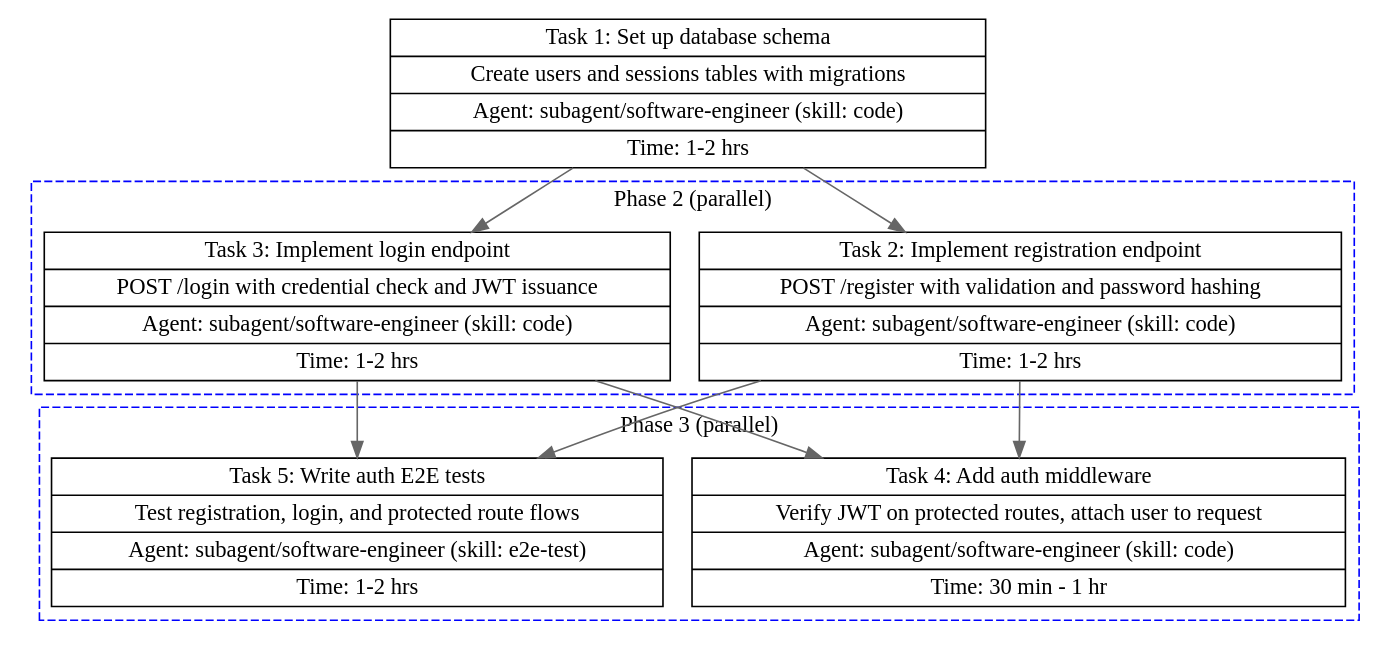
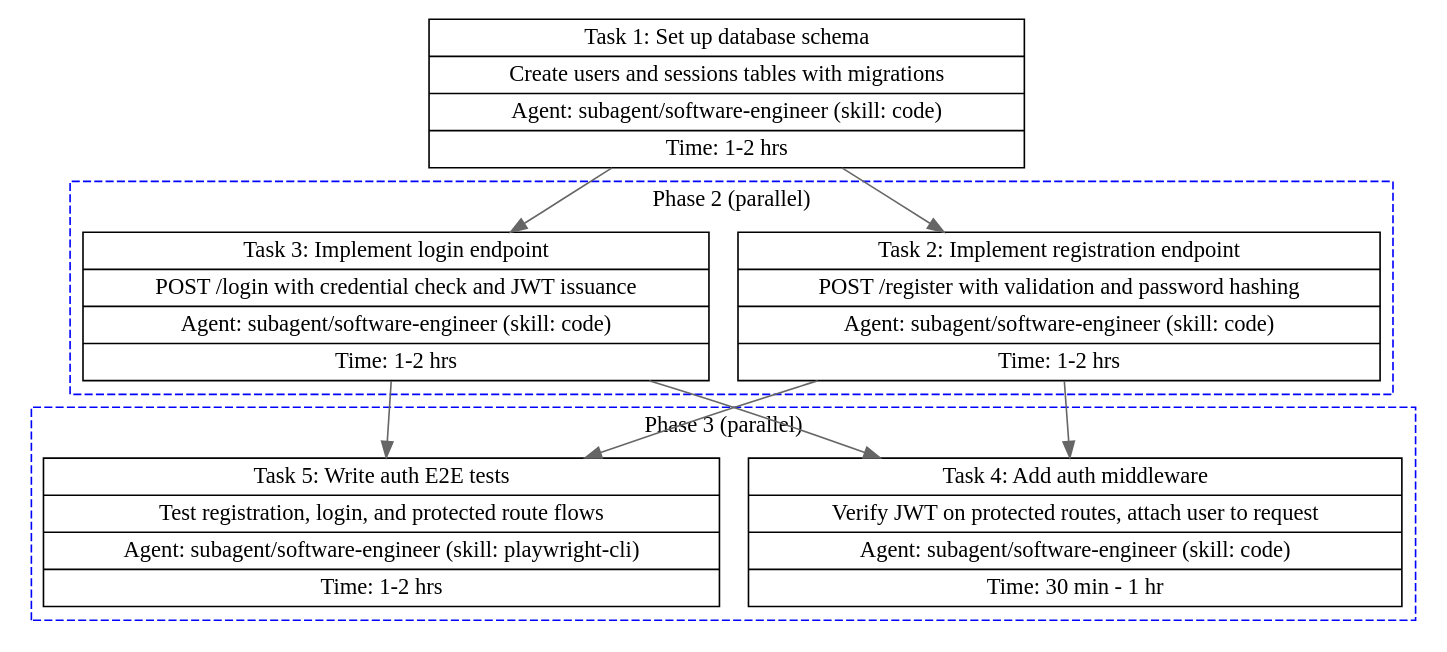
One commit to jiyeol-lee/dotfiles changed the sixth of 6 diagrams in .opencode/skills/task-breakdown/references/digraph.md. Above: the diagram before and after it, drawn with Graphviz. The commit also changed 16 other files, not shown here.

Commit message:
chore(opencode): use playwright-cli skill

````diff
--- a/.opencode/skills/task-breakdown/references/digraph.md
+++ b/.opencode/skills/task-breakdown/references/digraph.md
@@ -91,55 +91,55 @@
 ```dot
 digraph TaskPlan {
   rankdir=TB;
   node [shape=record, style=filled, fillcolor=white];
   edge [color=gray40];
 
   // Phase 1: single foundation task
   task_1 [
     label="{Task 1: Set up database schema | Create users and sessions tables with migrations | Agent: subagent/software-engineer (skill: code) | Time: 1-2 hrs}"
     URL="./user-auth__task-001.md"
   ];
 
   // Phase 2: two parallel tasks
   subgraph cluster_group_1 {
     label="Phase 2 (parallel)";
     style=dashed;
     color=blue;
 
     task_2 [
       label="{Task 2: Implement registration endpoint | POST /register with validation and password hashing | Agent: subagent/software-engineer (skill: code) | Time: 1-2 hrs}"
       URL="./user-auth__task-002.md"
     ];
 
     task_3 [
       label="{Task 3: Implement login endpoint | POST /login with credential check and JWT issuance | Agent: subagent/software-engineer (skill: code) | Time: 1-2 hrs}"
       URL="./user-auth__task-003.md"
     ];
   }
 
   // Phase 3: two parallel tasks
   subgraph cluster_group_2 {
     label="Phase 3 (parallel)";
     style=dashed;
     color=blue;
 
     task_4 [
       label="{Task 4: Add auth middleware | Verify JWT on protected routes, attach user to request | Agent: subagent/software-engineer (skill: code) | Time: 30 min - 1 hr}"
       URL="./user-auth__task-004.md"
     ];
 
     task_5 [
-      label="{Task 5: Write auth E2E tests | Test registration, login, and protected route flows | Agent: subagent/software-engineer (skill: e2e-test) | Time: 1-2 hrs}"
+      label="{Task 5: Write auth E2E tests | Test registration, login, and protected route flows | Agent: subagent/software-engineer (skill: playwright-cli) | Time: 1-2 hrs}"
       URL="./user-auth__task-005.md"
     ];
   }
 
   // Dependencies
   task_1 -> task_2;
   task_1 -> task_3;
   task_2 -> task_4;
   task_3 -> task_4;
   task_2 -> task_5;
   task_3 -> task_5;
 }
 ```
````
